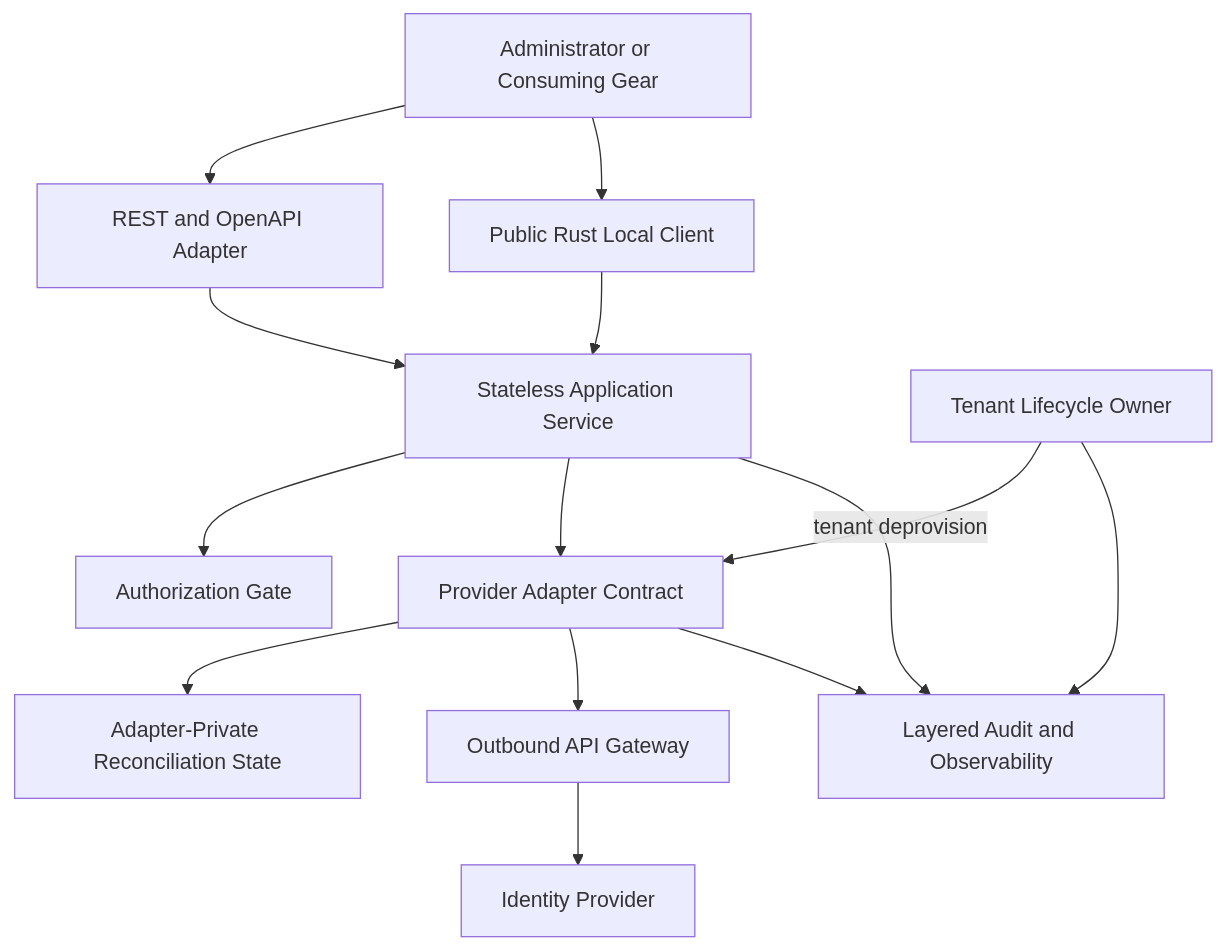
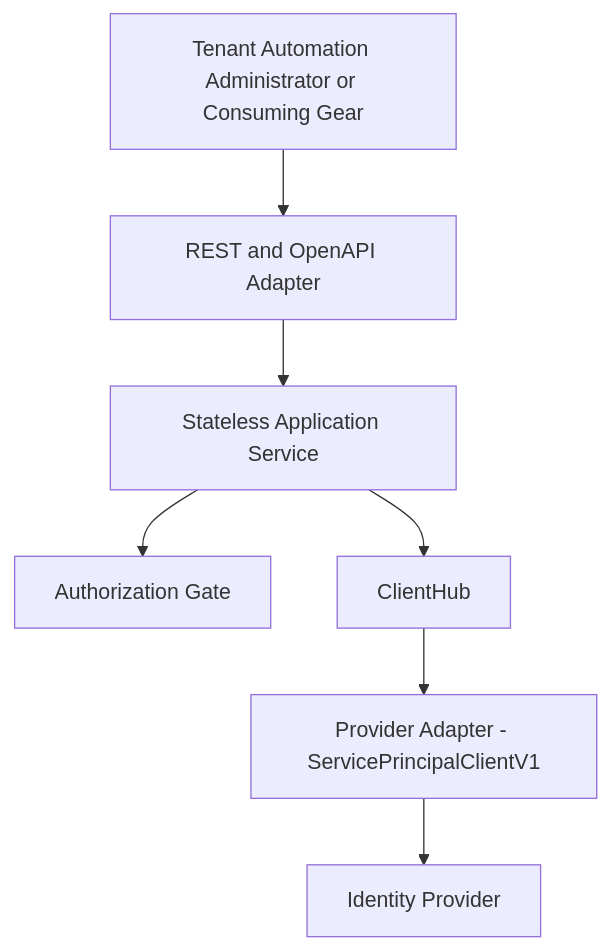
One commit to constructorfabric/gears-rust changed the first of 7 diagrams in gears/system/service-principal/docs/DESIGN.md. Above: the diagram before and after it, drawn with Mermaid. The commit also changed other lines of this file and 28 other files, not shown here.

First line of the commit message:
feat(service-principal): port gear from vhp-core and align docs with implementation

````diff
--- a/gears/system/service-principal/docs/DESIGN.md
+++ b/gears/system/service-principal/docs/DESIGN.md
@@ -108,28 +124,17 @@
 ```mermaid
 graph TB
-    Caller[Administrator or Consuming Gear]
+    Caller[Tenant Automation Administrator or Consuming Gear]
     REST[REST and OpenAPI Adapter]
-    Local[Public Rust Local Client]
     Service[Stateless Application Service]
     AuthZ[Authorization Gate]
-    Provider[Provider Adapter Contract]
-    AdapterState[Adapter-Private Reconciliation State]
-    OAGW[Outbound API Gateway]
+    Hub[ClientHub]
+    SPI[Provider Adapter - ServicePrincipalClientV1]
     IdP[Identity Provider]
-    Lifecycle[Tenant Lifecycle Owner]
-    Audit[Layered Audit and Observability]
 
     Caller --> REST
-    Caller --> Local
     REST --> Service
-    Local --> Service
     Service --> AuthZ
-    Service --> Provider
-    Provider --> AdapterState
-    Provider --> OAGW
-    OAGW --> IdP
-    Lifecycle -->|tenant deprovision| Provider
-    Service --> Audit
-    Provider --> Audit
-    Lifecycle --> Audit
+    Service --> Hub
+    Hub --> SPI
+    SPI --> IdP
 ```
````
